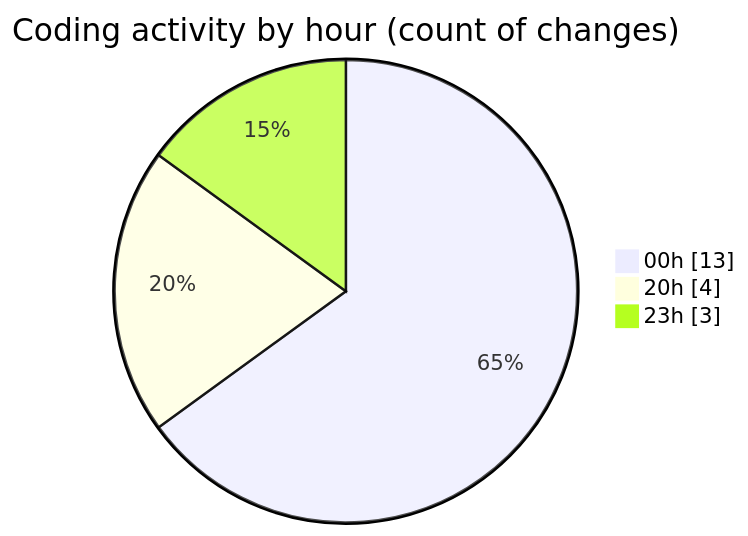
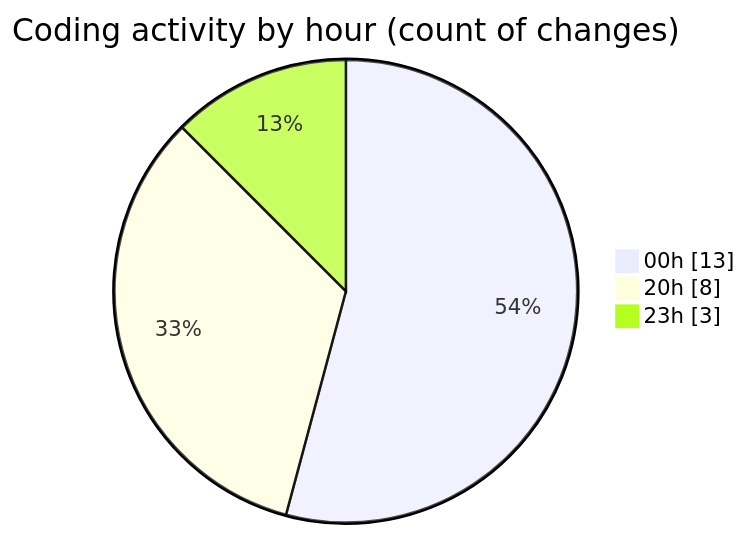
The second of 2 diagrams in 2025-04-22/echo/README.md (Netris89/code-tracking), drawn with Mermaid before and after one commit. The commit also changed other lines of this file and 1 other file, not shown here.

````diff
--- a/2025-04-22/echo/README.md
+++ b/2025-04-22/echo/README.md
@@ -31,7 +31,7 @@
 ```mermaid
 pie showData
 title Coding activity by hour (count of changes)
 "00h" : 13
-"20h" : 4
+"20h" : 8
 "23h" : 3
 ```
````
